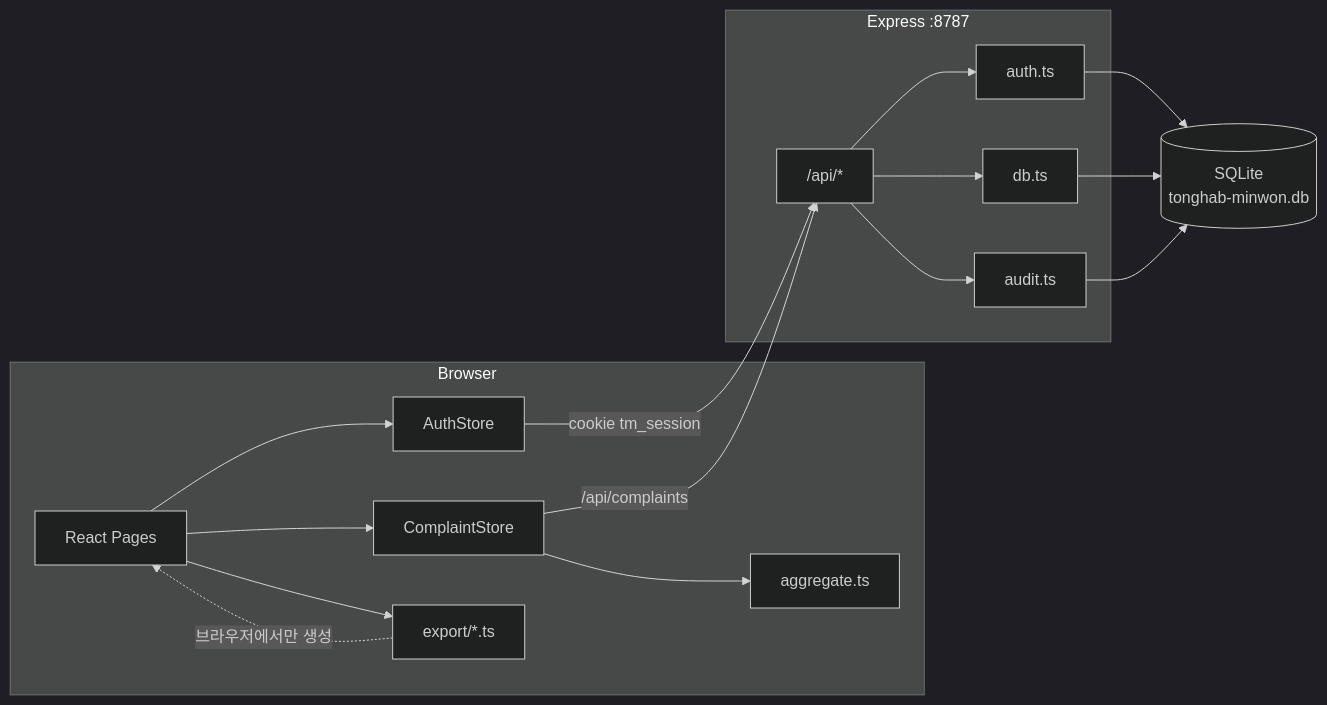
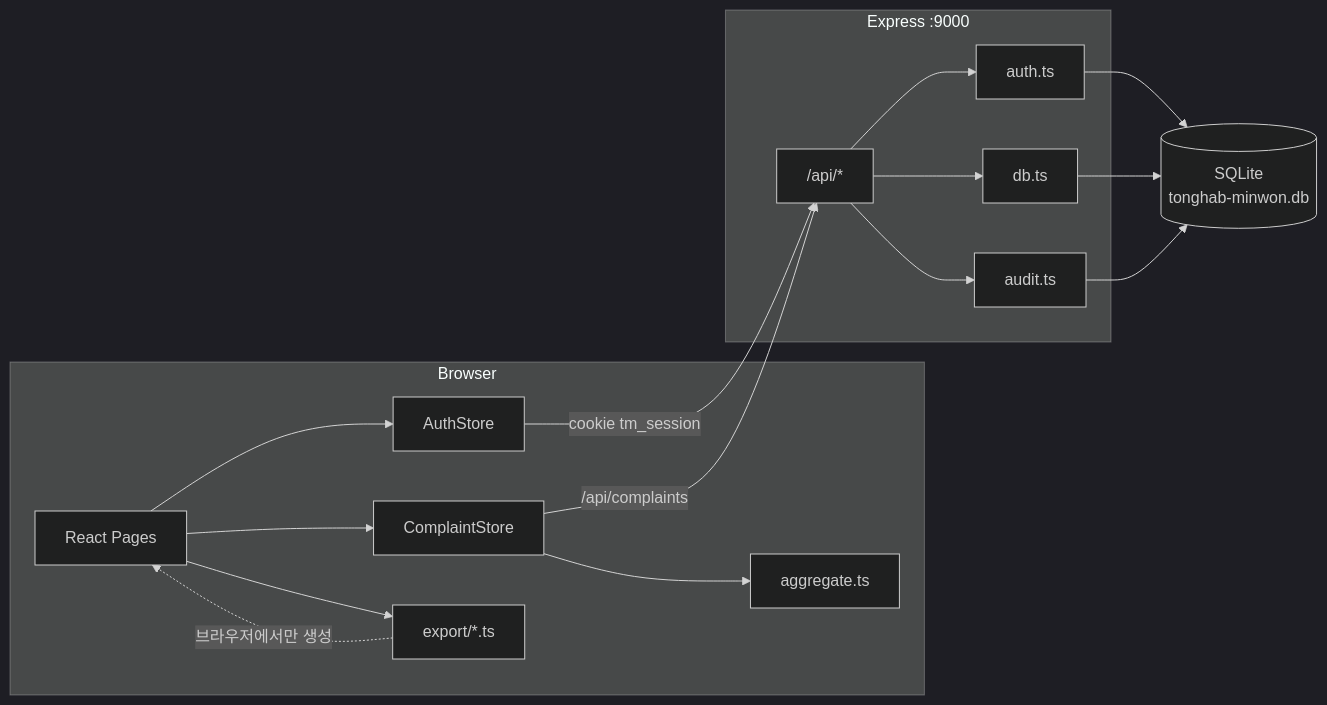
Before and after one commit to romico/tonghab-minwon-info: the first of 2 diagrams in docs/architecture.md, drawn with Mermaid (dark theme). The commit also changed other lines of this file and 14 other files, not shown here.

````diff
--- a/docs/architecture.md
+++ b/docs/architecture.md
@@ -81,33 +83,33 @@
 ```mermaid
 flowchart LR
   subgraph Browser
     UI[React Pages]
     AS[AuthStore]
     CS[ComplaintStore]
     AGG[aggregate.ts]
     XLS[export/*.ts]
   end
 
-  subgraph Server["Express :8787"]
+  subgraph Server["Express :9000"]
     API["/api/*"]
     AUTH[auth.ts]
     DBM[db.ts]
     AUD[audit.ts]
   end
 
   SQLITE[(SQLite<br/>tonghab-minwon.db)]
 
   UI --> AS
   UI --> CS
   CS --> AGG
   UI --> XLS
   AS -->|"cookie tm_session"| API
   CS -->|"/api/complaints"| API
   API --> AUTH
   API --> DBM
   API --> AUD
   AUTH --> SQLITE
   DBM --> SQLITE
   AUD --> SQLITE
   XLS -.->|"브라우저에서만 생성"| UI
 ```
````
